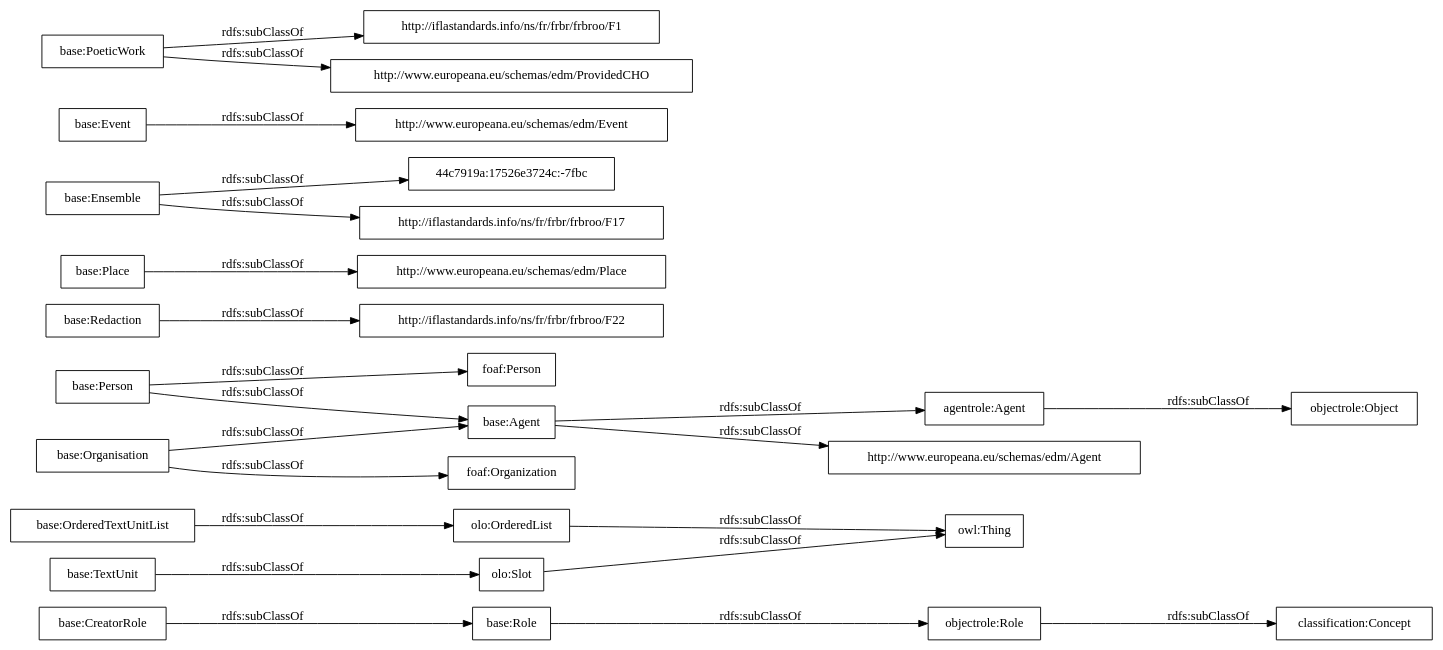
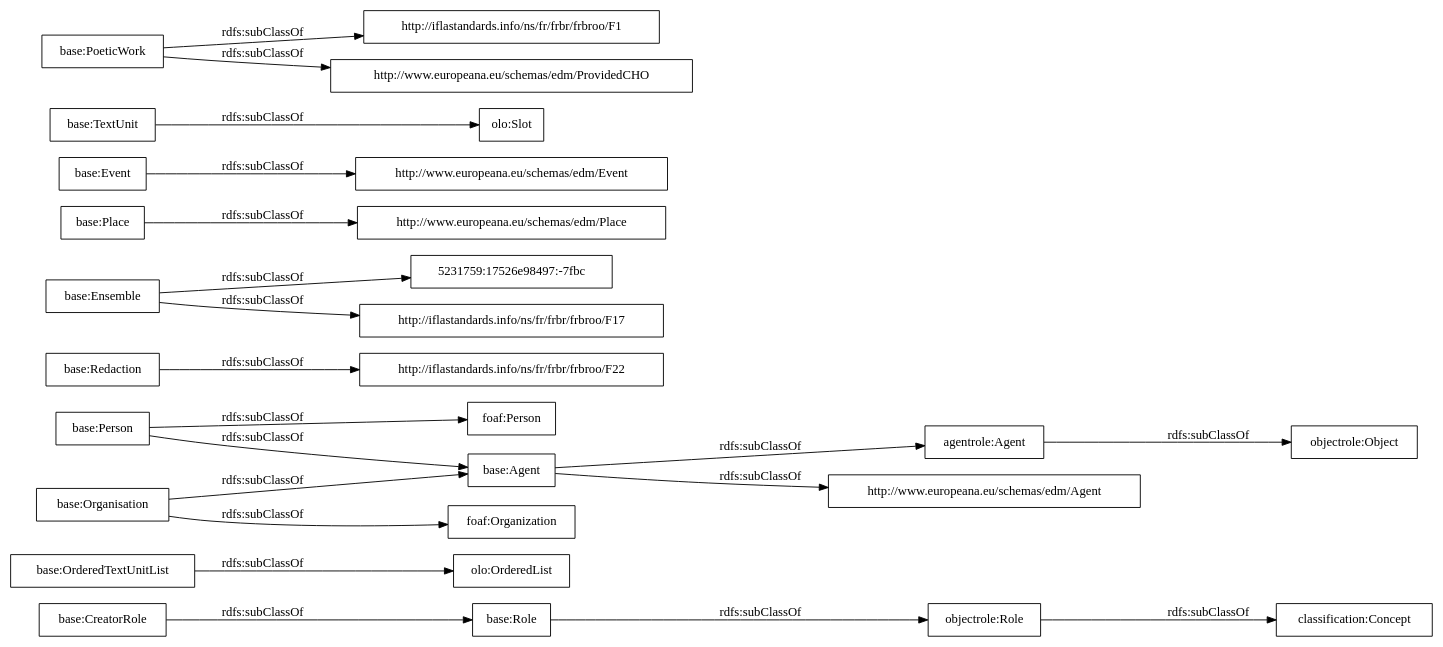
One commit to OnToologyUser/core-ontology-1 changed the diagram in OnToology/postdata-core.owl/diagrams/ar2dtool-taxonomy/postdata-core.owl.png.dot. Above: the diagram before and after it, drawn with Graphviz. The commit also changed 14 other files, not shown here.

```diff
--- a/OnToology/postdata-core.owl/diagrams/ar2dtool-taxonomy/postdata-core.owl.png.dot
+++ b/OnToology/postdata-core.owl/diagrams/ar2dtool-taxonomy/postdata-core.owl.png.dot
@@ -1,27 +1,25 @@
 digraph ar2dtool_diagram { 
 rankdir=LR;
 size="1000"
-node [shape = rectangle, color="black"]; "base:Role" "base:OrderedTextUnitList" "agentrole:Agent" "http://iflastandards.info/ns/fr/frbr/frbroo/F22" "http://www.europeana.eu/schemas/edm/Agent" "base:Agent" "base:CreatorRole" "base:Person" "base:Organisation" "http://www.europeana.eu/schemas/edm/Place" "base:Redaction" "base:Ensemble" "foaf:Person" "http://www.europeana.eu/schemas/edm/Event" "44c7919a:17526e3724c:-7fbc" "base:TextUnit" "http://iflastandards.info/ns/fr/frbr/frbroo/F1" "foaf:Organization" "http://www.europeana.eu/schemas/edm/ProvidedCHO" "base:Place" "base:Event" "base:PoeticWork" "http://iflastandards.info/ns/fr/frbr/frbroo/F17" "owl:Thing" "objectrole:Role" "objectrole:Object" "olo:Slot" "olo:OrderedList" "classification:Concept" ; /*classes style*/
+node [shape = rectangle, color="black"]; "base:Role" "base:OrderedTextUnitList" "agentrole:Agent" "http://iflastandards.info/ns/fr/frbr/frbroo/F22" "http://www.europeana.eu/schemas/edm/Agent" "base:Agent" "base:CreatorRole" "base:Person" "base:Organisation" "5231759:17526e98497:-7fbc" "http://www.europeana.eu/schemas/edm/Place" "base:Redaction" "foaf:Person" "base:Ensemble" "http://www.europeana.eu/schemas/edm/Event" "base:TextUnit" "http://iflastandards.info/ns/fr/frbr/frbroo/F1" "foaf:Organization" "http://www.europeana.eu/schemas/edm/ProvidedCHO" "base:Place" "base:Event" "base:PoeticWork" "http://iflastandards.info/ns/fr/frbr/frbroo/F17" "objectrole:Role" "objectrole:Object" "classification:Concept" ; /*classes style*/
 	"base:Redaction" -> "http://iflastandards.info/ns/fr/frbr/frbroo/F22" [ label = "rdfs:subClassOf" ];
 	"base:Role" -> "objectrole:Role" [ label = "rdfs:subClassOf" ];
 	"base:Event" -> "http://www.europeana.eu/schemas/edm/Event" [ label = "rdfs:subClassOf" ];
 	"base:Person" -> "foaf:Person" [ label = "rdfs:subClassOf" ];
 	"base:Person" -> "base:Agent" [ label = "rdfs:subClassOf" ];
-	"olo:OrderedList" -> "owl:Thing" [ label = "rdfs:subClassOf" ];
-	"olo:Slot" -> "owl:Thing" [ label = "rdfs:subClassOf" ];
 	"base:PoeticWork" -> "http://www.europeana.eu/schemas/edm/ProvidedCHO" [ label = "rdfs:subClassOf" ];
 	"base:PoeticWork" -> "http://iflastandards.info/ns/fr/frbr/frbroo/F1" [ label = "rdfs:subClassOf" ];
 	"base:TextUnit" -> "olo:Slot" [ label = "rdfs:subClassOf" ];
 	"agentrole:Agent" -> "objectrole:Object" [ label = "rdfs:subClassOf" ];
-	"base:Ensemble" -> "44c7919a:17526e3724c:-7fbc" [ label = "rdfs:subClassOf" ];
+	"base:Ensemble" -> "5231759:17526e98497:-7fbc" [ label = "rdfs:subClassOf" ];
 	"base:Ensemble" -> "http://iflastandards.info/ns/fr/frbr/frbroo/F17" [ label = "rdfs:subClassOf" ];
 	"base:OrderedTextUnitList" -> "olo:OrderedList" [ label = "rdfs:subClassOf" ];
 	"base:Agent" -> "agentrole:Agent" [ label = "rdfs:subClassOf" ];
 	"base:Agent" -> "http://www.europeana.eu/schemas/edm/Agent" [ label = "rdfs:subClassOf" ];
 	"objectrole:Role" -> "classification:Concept" [ label = "rdfs:subClassOf" ];
 	"base:Place" -> "http://www.europeana.eu/schemas/edm/Place" [ label = "rdfs:subClassOf" ];
 	"base:Organisation" -> "foaf:Organization" [ label = "rdfs:subClassOf" ];
 	"base:Organisation" -> "base:Agent" [ label = "rdfs:subClassOf" ];
 	"base:CreatorRole" -> "base:Role" [ label = "rdfs:subClassOf" ];
 
 }
```
